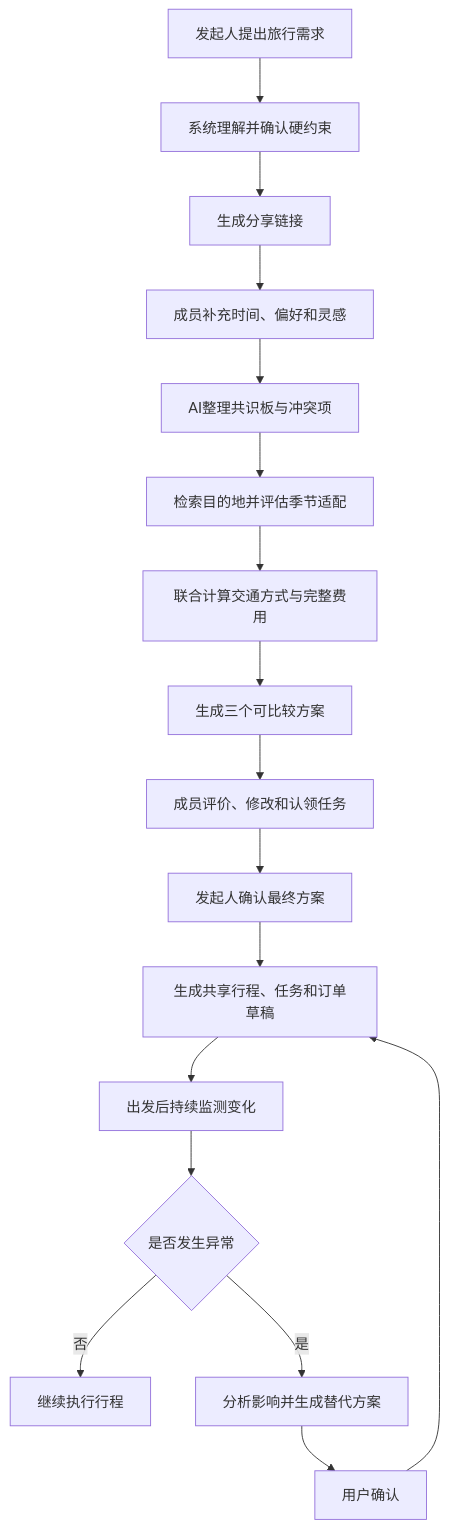
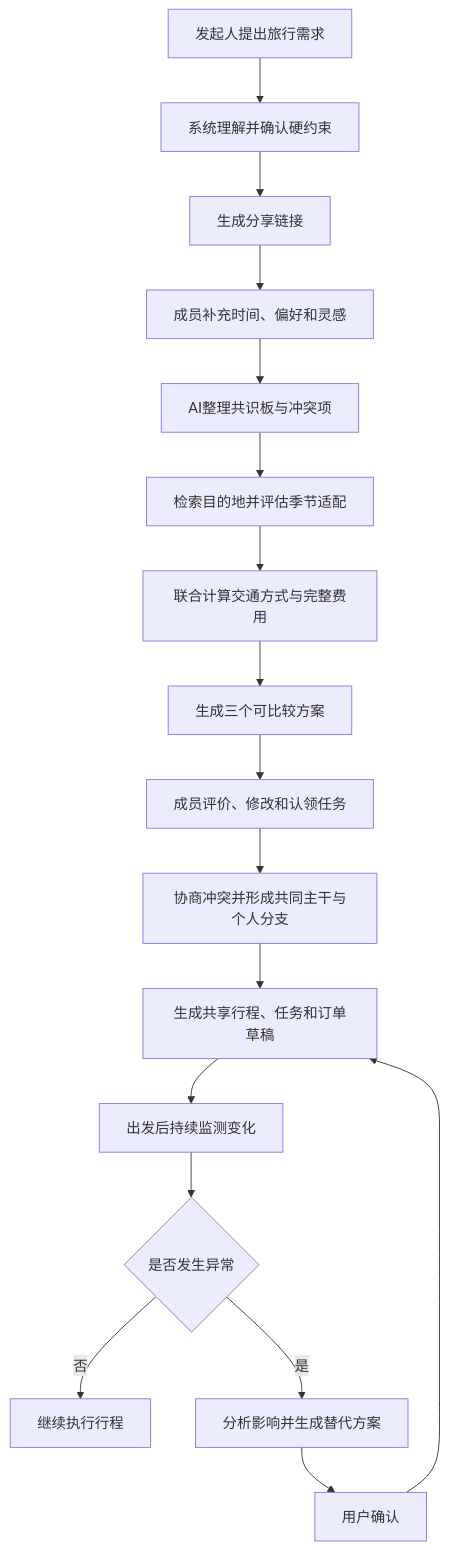
Before and after one commit to jc220334/ruanjian: the first of 2 diagrams in README.md, drawn with Mermaid. The commit also changed other lines of this file, not shown here.

````diff
--- a/README.md
+++ b/README.md
@@ -105,19 +115,19 @@
 ```mermaid
 flowchart TD
     A[发起人提出旅行需求] --> B[系统理解并确认硬约束]
     B --> C[生成分享链接]
     C --> D[成员补充时间、偏好和灵感]
     D --> E[AI整理共识板与冲突项]
     E --> F[检索目的地并评估季节适配]
     F --> G[联合计算交通方式与完整费用]
     G --> H[生成三个可比较方案]
     H --> I[成员评价、修改和认领任务]
-    I --> J[发起人确认最终方案]
+    I --> J[协商冲突并形成共同主干与个人分支]
     J --> K[生成共享行程、任务和订单草稿]
     K --> L[出发后持续监测变化]
     L --> M{是否发生异常}
     M -- 否 --> N[继续执行行程]
     M -- 是 --> O[分析影响并生成替代方案]
     O --> P[用户确认]
     P --> K
 ```
````
